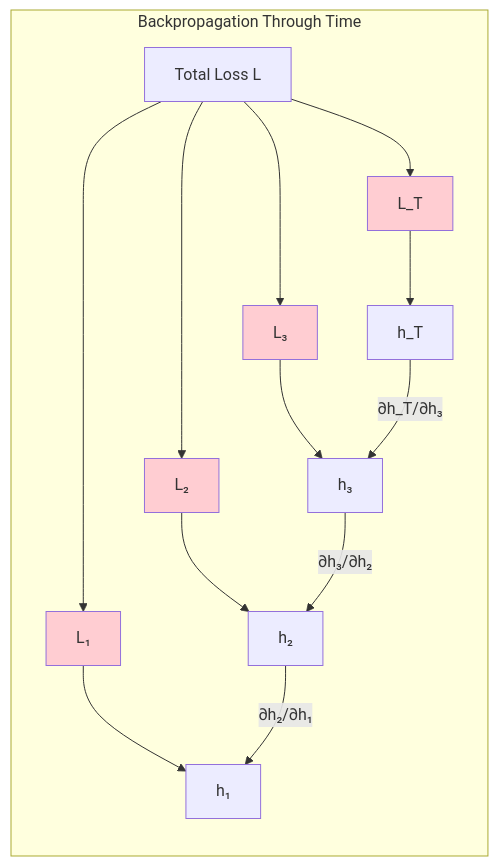
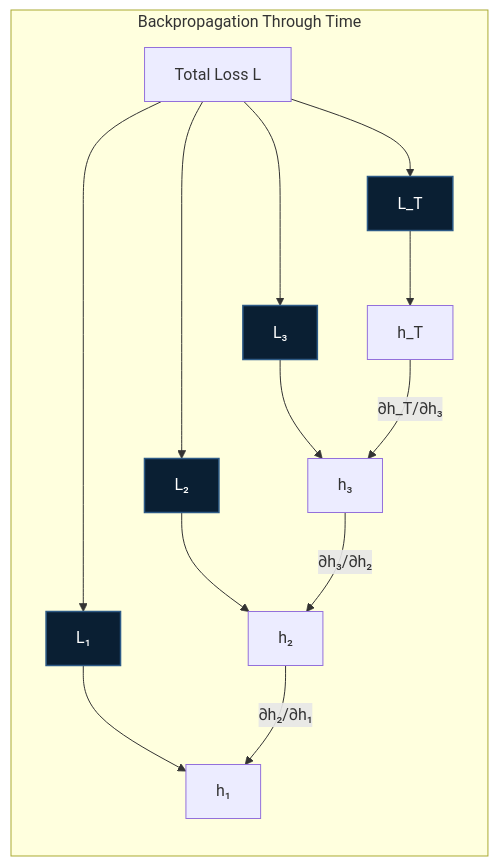
The seventh of 14 diagrams in docusaurus-docs/docs/tutorials/basic/rnn.md (yiqiao-yin/deepspeed-course), drawn with Mermaid before and after one commit. The commit also changed other lines of this file and 12 other files, not shown here.

````diff
--- a/docusaurus-docs/docs/tutorials/basic/rnn.md
+++ b/docusaurus-docs/docs/tutorials/basic/rnn.md
@@ -394,23 +394,23 @@
 ```mermaid
 graph RL
     subgraph "Backpropagation Through Time"
         L[Total Loss L] --> LT[L_T]
         L --> L3[L₃]
         L --> L2[L₂]
         L --> L1[L₁]
 
         LT --> HT[h_T]
         L3 --> H3[h₃]
         L2 --> H2[h₂]
         L1 --> H1[h₁]
 
         HT -->|"∂h_T/∂h₃"| H3
         H3 -->|"∂h₃/∂h₂"| H2
         H2 -->|"∂h₂/∂h₁"| H1
     end
 
-    style LT fill:#ffcdd2
-    style L3 fill:#ffcdd2
-    style L2 fill:#ffcdd2
-    style L1 fill:#ffcdd2
+    style LT fill:#0a1f33,stroke:#2d5a86,stroke-width:1.5px,color:#ffffff
+    style L3 fill:#0a1f33,stroke:#2d5a86,stroke-width:1.5px,color:#ffffff
+    style L2 fill:#0a1f33,stroke:#2d5a86,stroke-width:1.5px,color:#ffffff
+    style L1 fill:#0a1f33,stroke:#2d5a86,stroke-width:1.5px,color:#ffffff
 ```
````
